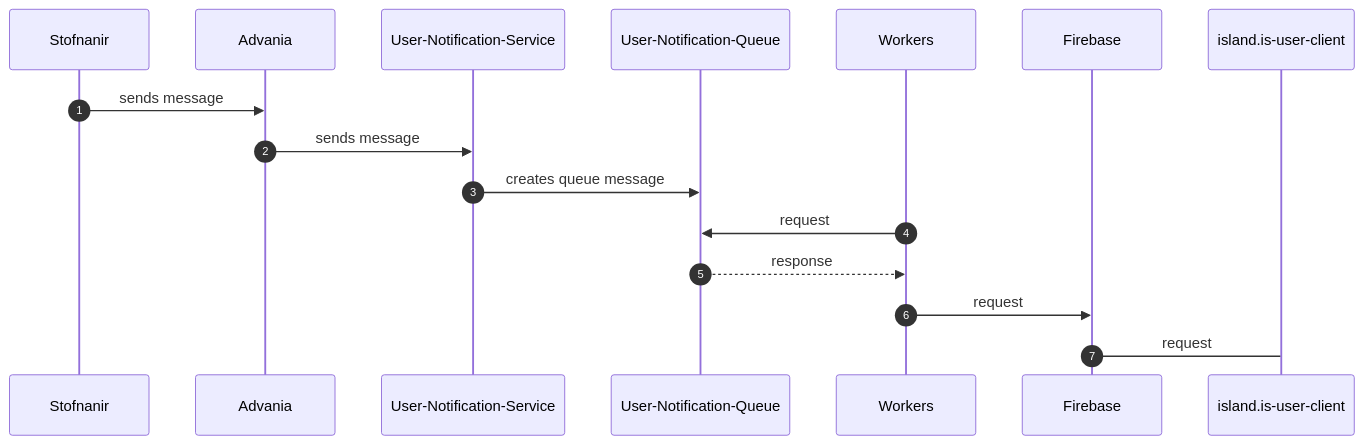
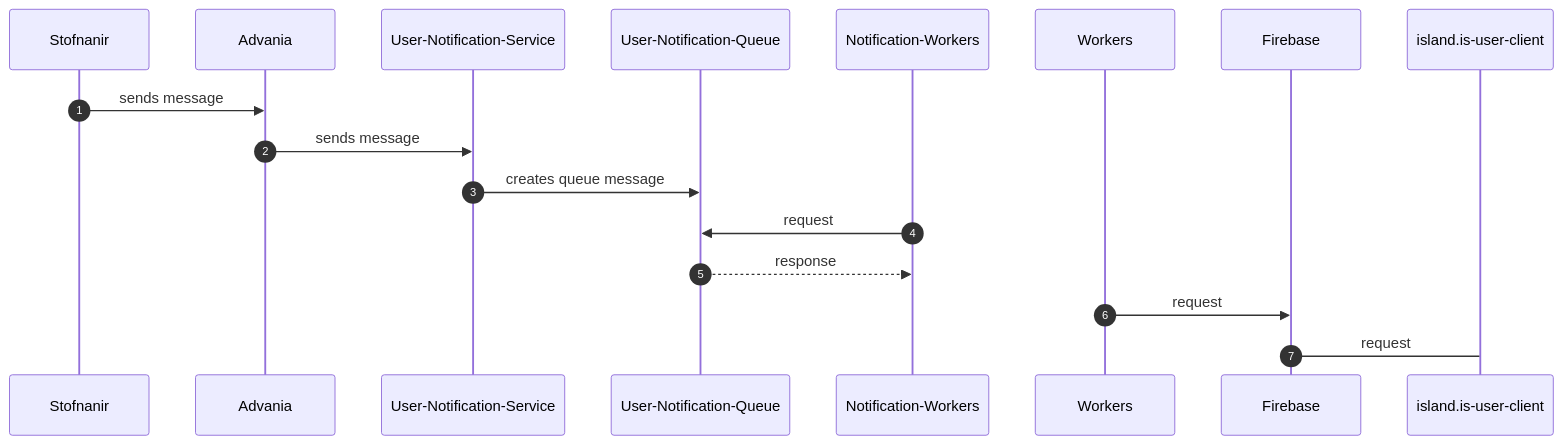
One commit to rafnarnason/bookish-fiesta changed the diagram in hnipp.md. Above: the diagram before and after it, drawn with Mermaid.

````diff
--- a/hnipp.md
+++ b/hnipp.md
@@ -1,14 +1,14 @@
 ```mermaid
 sequenceDiagram
     autonumber
     Stofnanir->>Advania:sends message
     Advania->>User-Notification-Service:sends message
     User-Notification-Service->>User-Notification-Queue:creates queue message
-    Workers->>User-Notification-Queue:request
-    User-Notification-Queue-->>Workers:response
+    Notification-Workers->>User-Notification-Queue:request
+    User-Notification-Queue-->>Notification-Workers:response
     Workers->>Firebase:request
     Firebase->island.is-user-client:request
     
     
    
 ```
````
